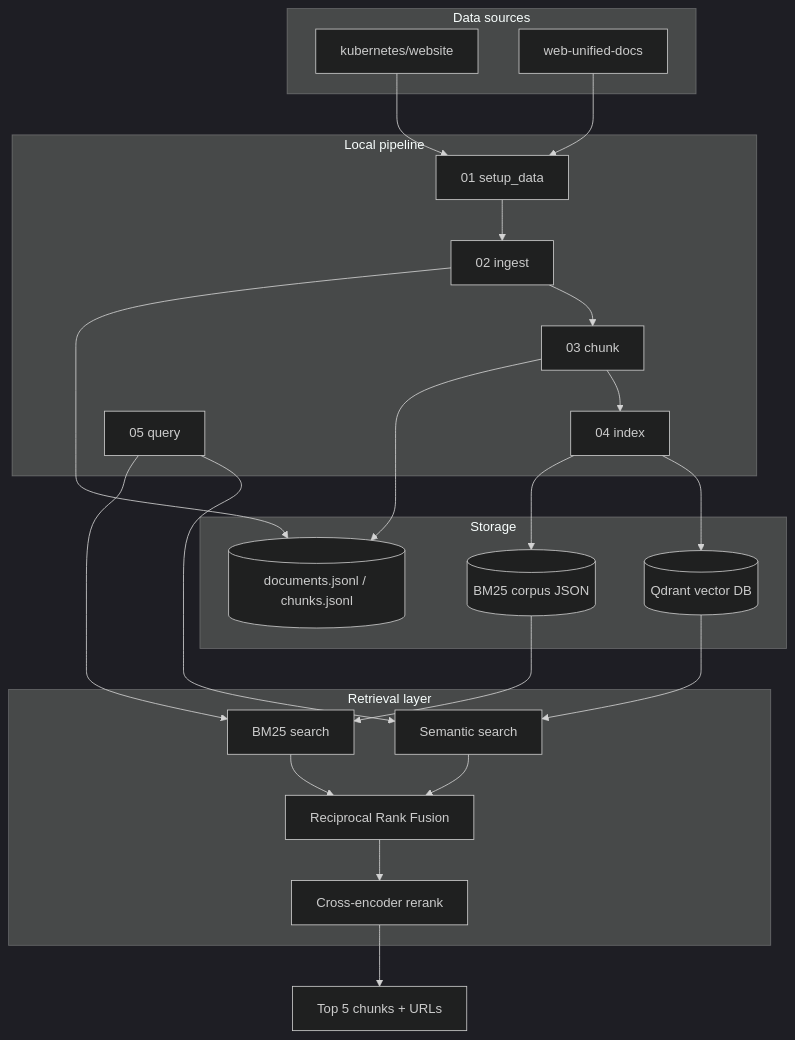
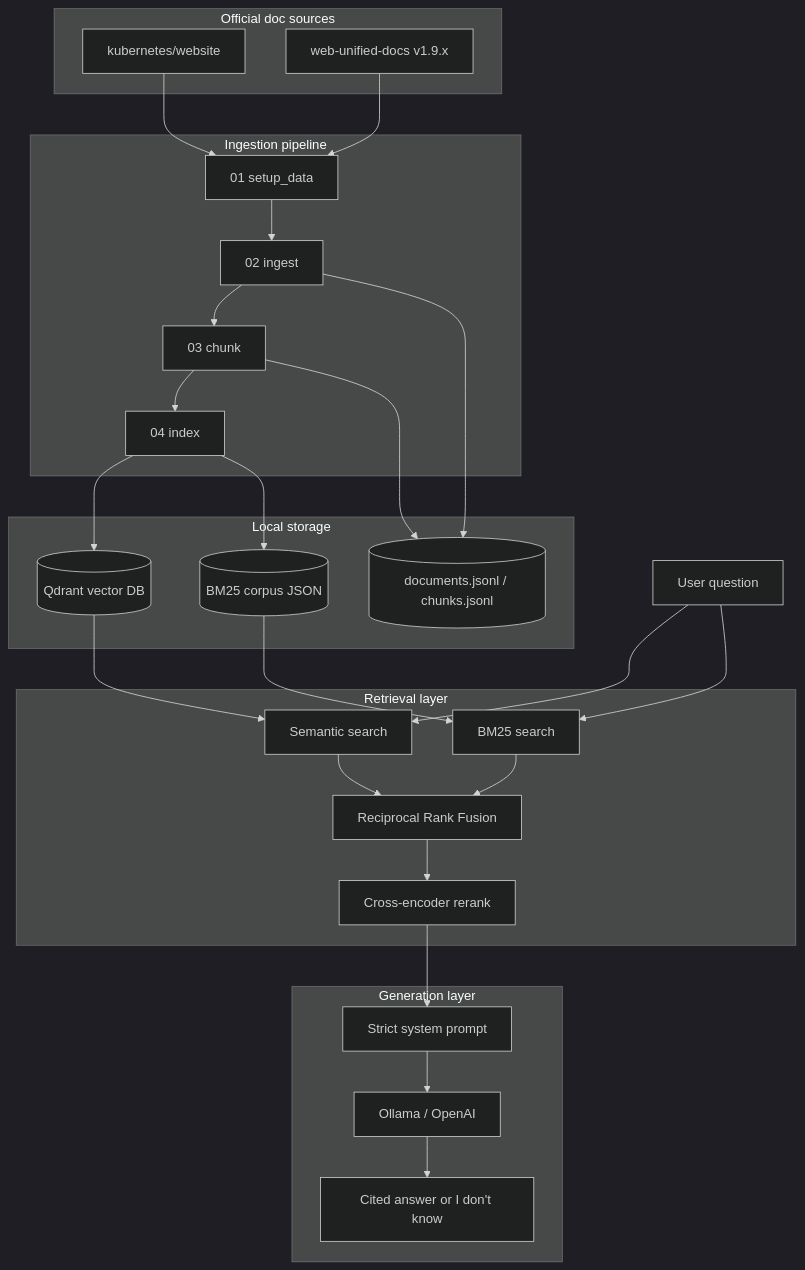
Before and after one commit to gvarun20/devops-knowledge-copilot: the diagram in docs/ARCHITECTURE.md, drawn with Mermaid (dark theme). The commit also changed other lines of this file and 10 other files, not shown here.

````diff
--- a/docs/ARCHITECTURE.md
+++ b/docs/ARCHITECTURE.md
@@ -5,44 +9,51 @@
 ```mermaid
 flowchart TB
-    subgraph sources [Data sources]
+    subgraph sources [Official doc sources]
         K8s[kubernetes/website]
-        TF[web-unified-docs]
+        TF[web-unified-docs v1.9.x]
     end
 
-    subgraph pipeline [Local pipeline]
+    subgraph ingest [Ingestion pipeline]
         Clone[01 setup_data]
         Parse[02 ingest]
         Chunk[03 chunk]
         Index[04 index]
-        Query[05 query]
     end
 
-    subgraph storage [Storage]
+    subgraph storage [Local storage]
         JSONL[(documents.jsonl / chunks.jsonl)]
         Qdrant[(Qdrant vector DB)]
         BM25[(BM25 corpus JSON)]
     end
 
     subgraph retrieval [Retrieval layer]
         Sem[Semantic search]
         Key[BM25 search]
         RRF[Reciprocal Rank Fusion]
         Rerank[Cross-encoder rerank]
     end
 
+    subgraph generation [Generation layer]
+        Prompt[Strict system prompt]
+        LLM[Ollama / OpenAI]
+        Cit[Cited answer or I don't know]
+    end
+
+    User[User question] --> Sem
+    User --> Key
     K8s --> Clone
     TF --> Clone
     Clone --> Parse --> Chunk --> Index
     Parse --> JSONL
     Chunk --> JSONL
     Index --> Qdrant
     Index --> BM25
-    Query --> Sem
-    Query --> Key
+    Qdrant --> Sem
+    BM25 --> Key
     Sem --> RRF
     Key --> RRF
     RRF --> Rerank
-    Qdrant --> Sem
-    BM25 --> Key
-    Rerank --> Results[Top 5 chunks + URLs]
+    Rerank --> Prompt
+    Prompt --> LLM
+    LLM --> Cit
 ```
````
